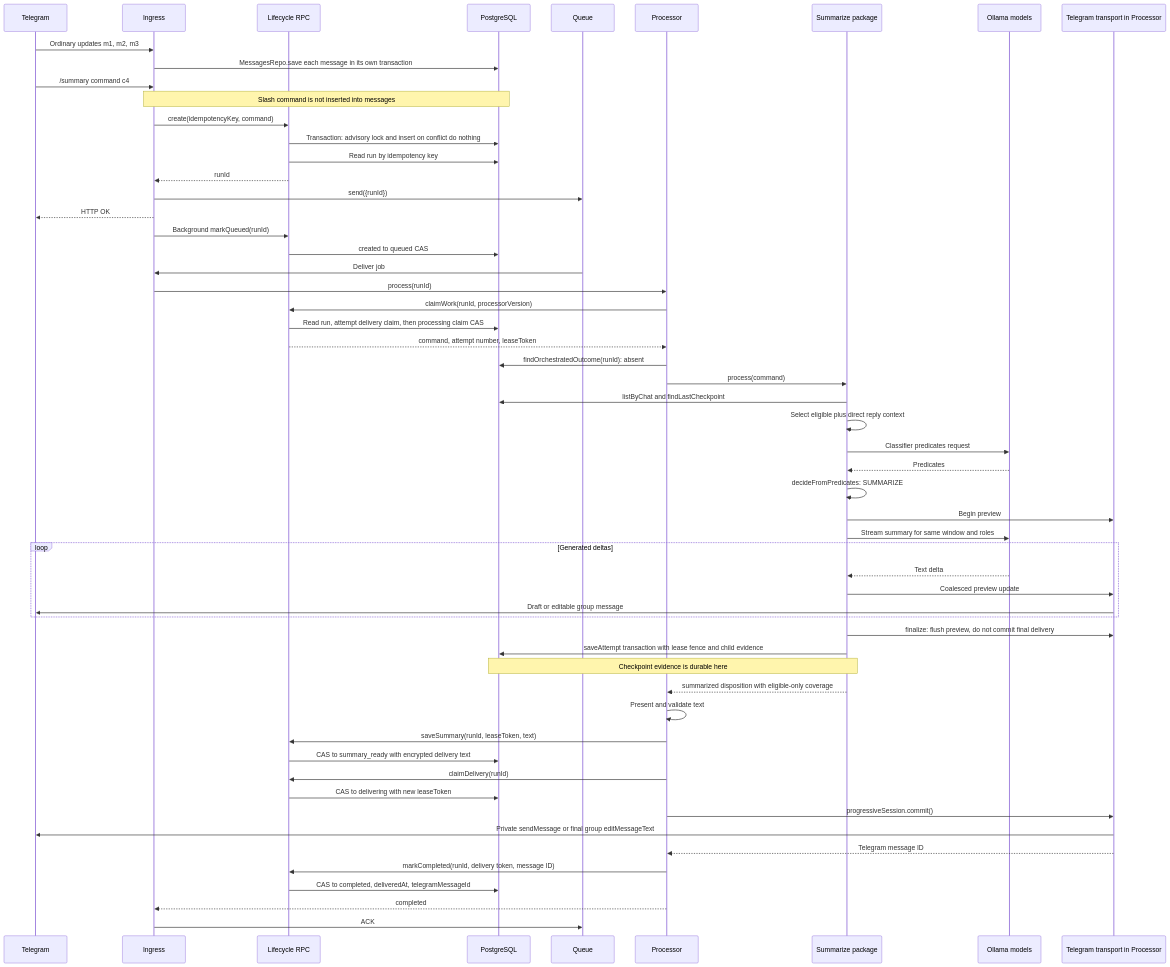
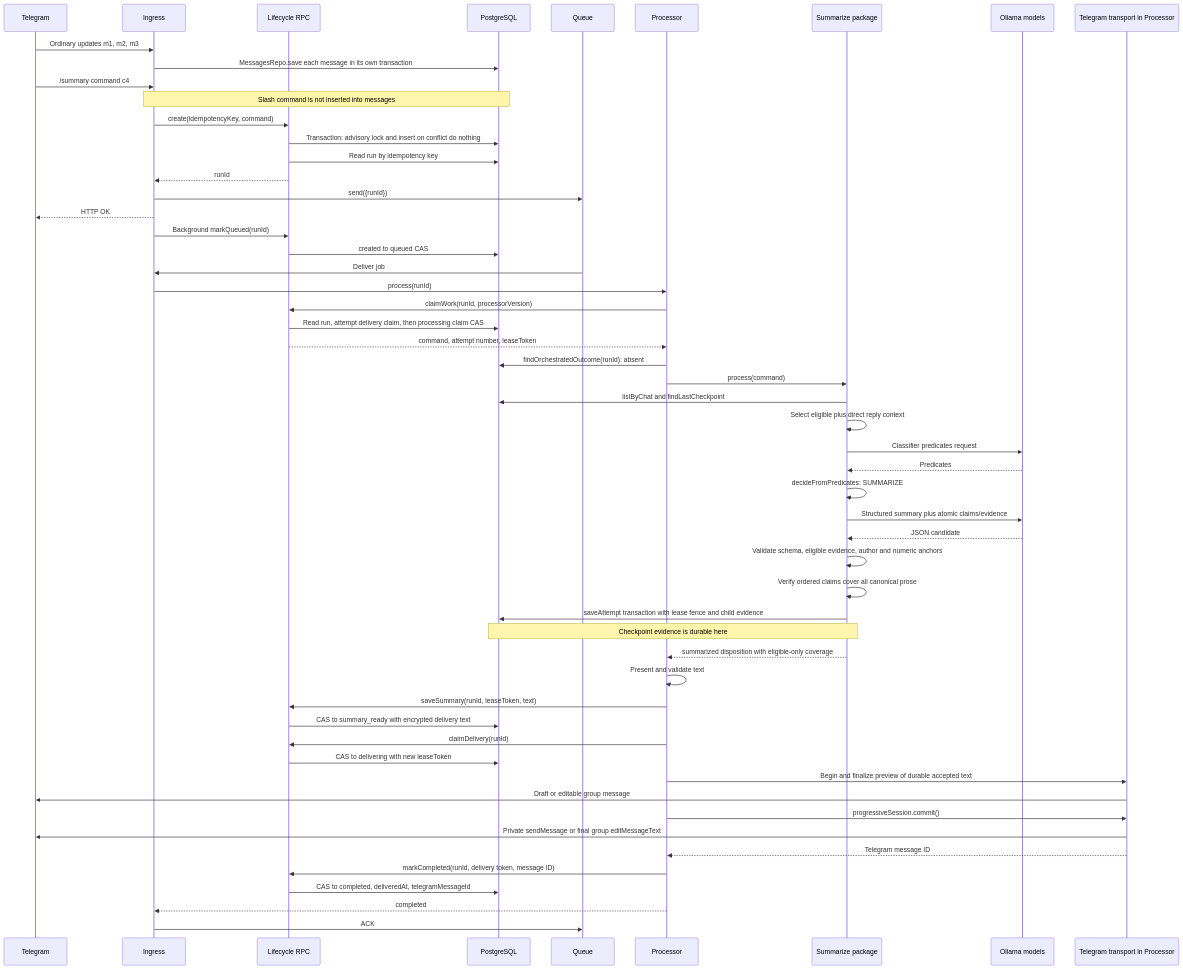
One commit to volynetstyle/microsonya changed the third of 12 diagrams in docs/architecture/mental-model.md. Above: the diagram before and after it, drawn with Mermaid. The commit also changed other lines of this file and 32 other files, not shown here.

````diff
--- a/docs/architecture/mental-model.md
+++ b/docs/architecture/mental-model.md
@@ -122,59 +123,57 @@
 ```mermaid
 sequenceDiagram
     participant T as Telegram
     participant I as Ingress
     participant L as Lifecycle RPC
     participant D as PostgreSQL
     participant Q as Queue
     participant P as Processor
     participant S as Summarize package
     participant M as Ollama models
     participant V as Telegram transport in Processor
     T->>I: Ordinary updates m1, m2, m3
     I->>D: MessagesRepo.save each message in its own transaction
     T->>I: /summary command c4
     Note over I,D: Slash command is not inserted into messages
     I->>L: create(idempotencyKey, command)
     L->>D: Transaction: advisory lock and insert on conflict do nothing
     L->>D: Read run by idempotency key
     L-->>I: runId
     I->>Q: send({runId})
     I-->>T: HTTP OK
     I->>L: Background markQueued(runId)
     L->>D: created to queued CAS
     Q->>I: Deliver job
     I->>P: process(runId)
     P->>L: claimWork(runId, processorVersion)
     L->>D: Read run, attempt delivery claim, then processing claim CAS
     L-->>P: command, attempt number, leaseToken
     P->>D: findOrchestratedOutcome(runId): absent
     P->>S: process(command)
     S->>D: listByChat and findLastCheckpoint
     S->>S: Select eligible plus direct reply context
     S->>M: Classifier predicates request
     M-->>S: Predicates
     S->>S: decideFromPredicates: SUMMARIZE
-    S->>V: Begin preview
-    S->>M: Stream summary for same window and roles
-    loop Generated deltas
-        M-->>S: Text delta
-        S->>V: Coalesced preview update
-        V->>T: Draft or editable group message
-    end
-    S->>V: finalize: flush preview, do not commit final delivery
+    S->>M: Structured summary plus atomic claims/evidence
+    M-->>S: JSON candidate
+    S->>S: Validate schema, eligible evidence, author and numeric anchors
+    S->>S: Verify ordered claims cover all canonical prose
     S->>D: saveAttempt transaction with lease fence and child evidence
     Note over S,D: Checkpoint evidence is durable here
     S-->>P: summarized disposition with eligible-only coverage
     P->>P: Present and validate text
     P->>L: saveSummary(runId, leaseToken, text)
     L->>D: CAS to summary_ready with encrypted delivery text
     P->>L: claimDelivery(runId)
     L->>D: CAS to delivering with new leaseToken
+    P->>V: Begin and finalize preview of durable accepted text
+    V->>T: Draft or editable group message
     P->>V: progressiveSession.commit()
     V->>T: Private sendMessage or final group editMessageText
     V-->>P: Telegram message ID
     P->>L: markCompleted(runId, delivery token, message ID)
     L->>D: CAS to completed, deliveredAt, telegramMessageId
     P-->>I: completed
     I->>Q: ACK
 ```
````
